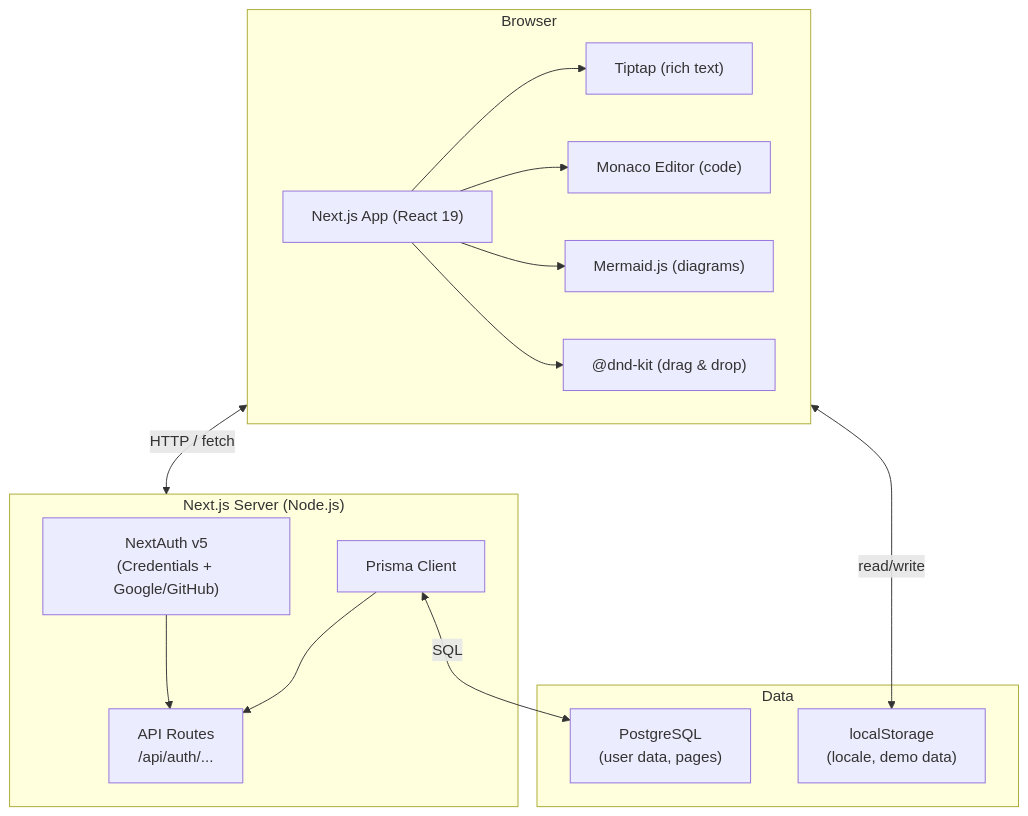
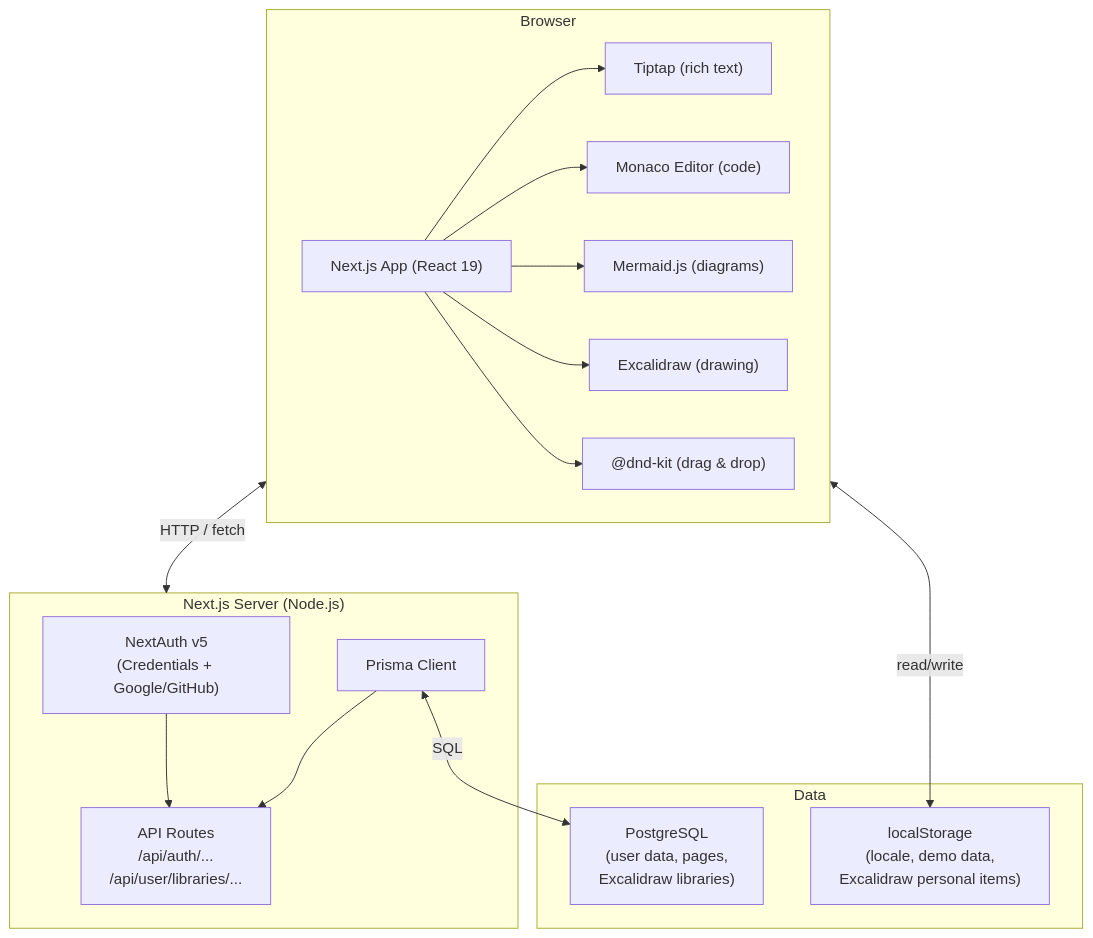
One commit to Ligred/devTree changed the first of 19 diagrams in docs/ARCHITECTURE.md. Above: the diagram before and after it, drawn with Mermaid. The commit also changed other lines of this file and 20 other files, not shown here.

````diff
--- a/docs/ARCHITECTURE.md
+++ b/docs/ARCHITECTURE.md
@@ -27,31 +27,33 @@
 ```mermaid
 graph TB
     subgraph Browser
         App["Next.js App (React 19)"]
         Tiptap["Tiptap (rich text)"]
         Monaco["Monaco Editor (code)"]
         Mermaid["Mermaid.js (diagrams)"]
+        Excalidraw["Excalidraw (drawing)"]
         DndKit["@dnd-kit (drag & drop)"]
         App --> Tiptap
         App --> Monaco
         App --> Mermaid
+        App --> Excalidraw
         App --> DndKit
     end
 
     subgraph Server["Next.js Server (Node.js)"]
         NextAuth["NextAuth v5\n(Credentials + Google/GitHub)"]
         PrismaClient["Prisma Client"]
-        API["API Routes\n/api/auth/..."]
+        API["API Routes\n/api/auth/...\n/api/user/libraries/..."]
         NextAuth --> API
         PrismaClient --> API
     end
 
     subgraph Data
-        PostgreSQL["PostgreSQL\n(user data, pages)"]
-        LocalStorage["localStorage\n(locale, demo data)"]
+        PostgreSQL["PostgreSQL\n(user data, pages,\nExcalidraw libraries)"]
+        LocalStorage["localStorage\n(locale, demo data,\nExcalidraw personal items)"]
     end
 
     Browser <-->|"HTTP / fetch"| Server
     PrismaClient <-->|"SQL"| PostgreSQL
     Browser <-->|"read/write"| LocalStorage
 ```
````
